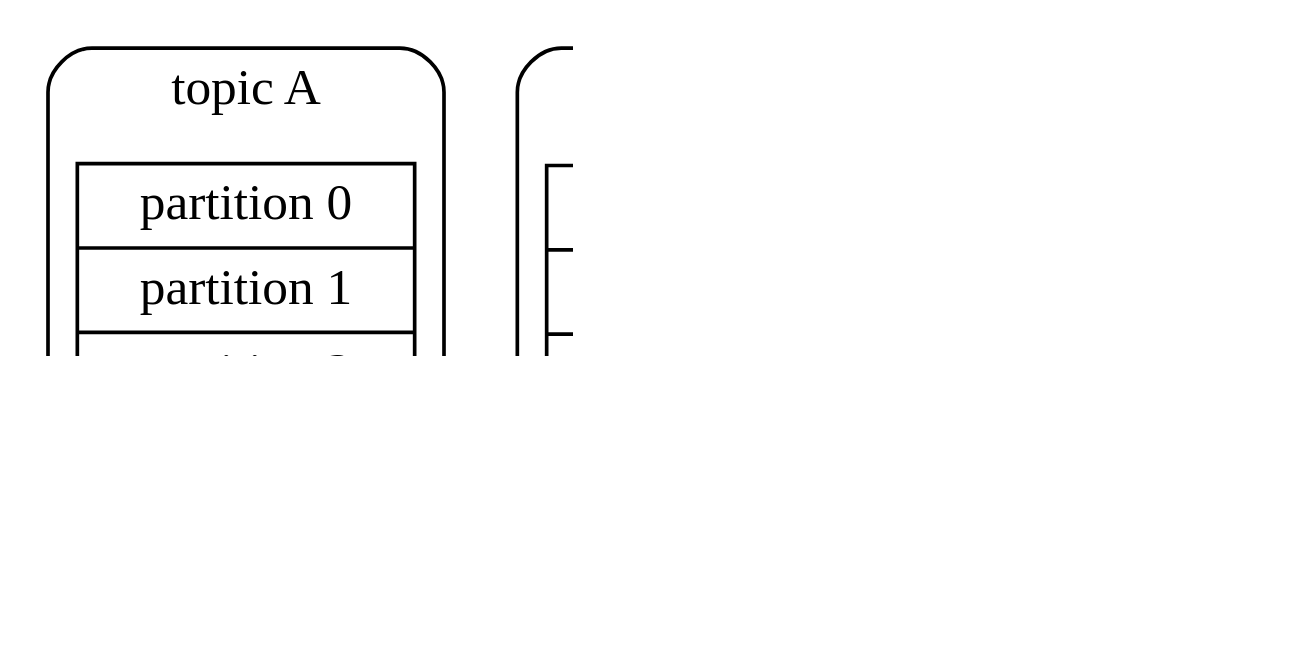
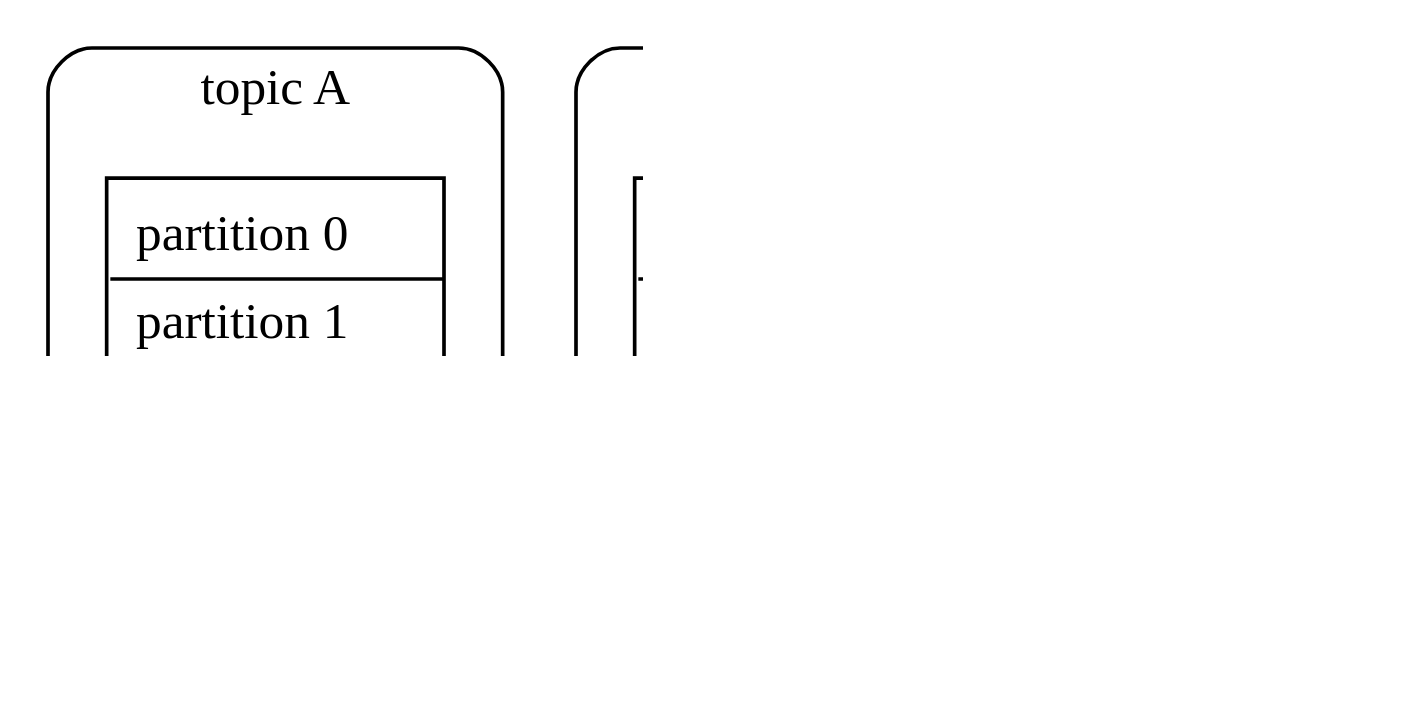
One commit to inponomarev/kafka-hjs changed the third of 51 diagrams in src/main/asciidoc/lecture.adoc. Above: the diagram before and after it, drawn with Graphviz. The commit also changed other lines of this file, not shown here.

Commit message:
diagrams update

```diff
--- a/src/main/asciidoc/lecture.adoc
+++ b/src/main/asciidoc/lecture.adoc
@@ -381,29 +411,60 @@
 [graphviz,topics-partitions2,png]
 ----
 digraph D {
   graph [ dpi = 180 ]; 
 
    rankdir = LR;
     subgraph cluster_t1 {
       label = "topic A";
       style = "rounded";
-      T1[shape="record"; label="<p0>partition 0|partition 1|partition 2|partition 3|partition 4"]
+      T1[shape="none"; label=<<table cellspacing="5" cellborder="0"  border="1">
+                    <tr><td port="p0">partition 0</td></tr>
+                    <hr/>
+                    <tr><td>partition 1</td></tr>
+                    <hr/>
+                    <tr><td>partition 2</td></tr>
+                    <hr/>
+                    <tr><td>partition 3</td></tr>
+                    <hr/>
+                    <tr><td>partition 4</td></tr>
+            </table>>]
     }
      
     subgraph cluster_t2 {
       label = "topic B";
       style = "rounded";
-      T2[shape="record"; label="<p0>partition 0|partition 1|partition 2|partition 3"]
+      T2[shape="none"; label=<<table cellspacing="5" cellborder="0"  border="1">
+                    <tr><td port="p0">partition 0</td></tr>
+                    <hr/>
+                    <tr><td>partition 1</td></tr>
+                    <hr/>
+                    <tr><td>partition 2</td></tr>
+                    <hr/>
+                    <tr><td>partition 3</td></tr>
+            </table>>]
 
     }   
 
 
     subgraph cluster_t3 {
       label = "topic C";
       style = "rounded";
-      T3[shape="record"; label="<p0>partition 0|partition 1|partition 2|partition 3|partition 4|partition 5"]
+      T3[shape="none"; label=<<table cellspacing="5" cellborder="0"  border="1">
+                    <tr><td port="p0">partition 0</td></tr>
+                    <hr/>
+                    <tr><td>partition 1</td></tr>
+                    <hr/>
+                    <tr><td>partition 2</td></tr>
+                    <hr/>
+                    <tr><td>partition 3</td></tr>
+                    <hr/>
+                    <tr><td>partition 4</td></tr>
+                    <hr/>
+                    <tr><td>partition 5</td></tr>
+            </table>>]
     }   
     
-    T1:p0->T2:p0->T3:p0[style=invis]
+    T1:p0->T2:p0->T3:p0[style="invis"]
+    
 } 
 ----
```
